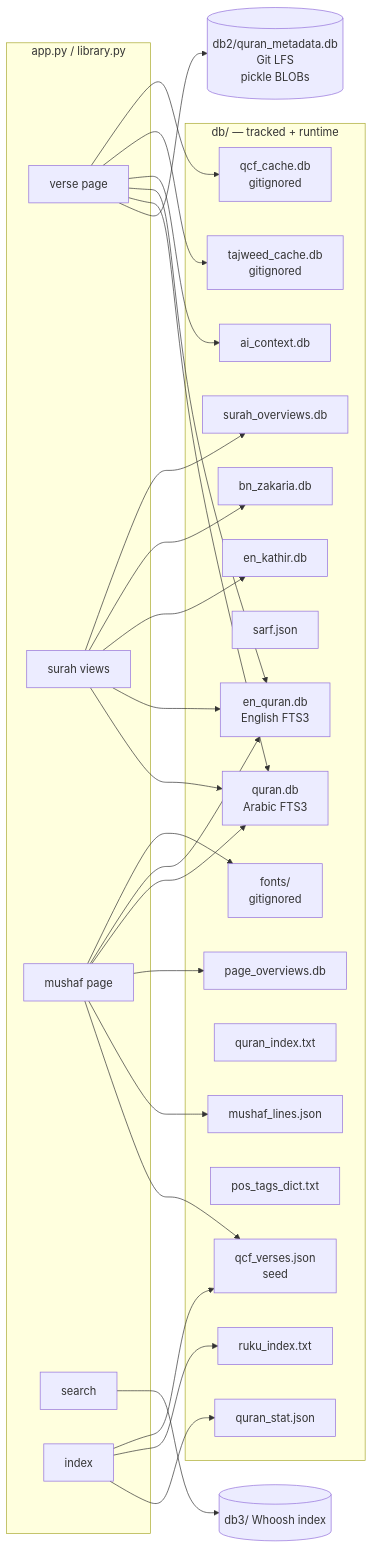
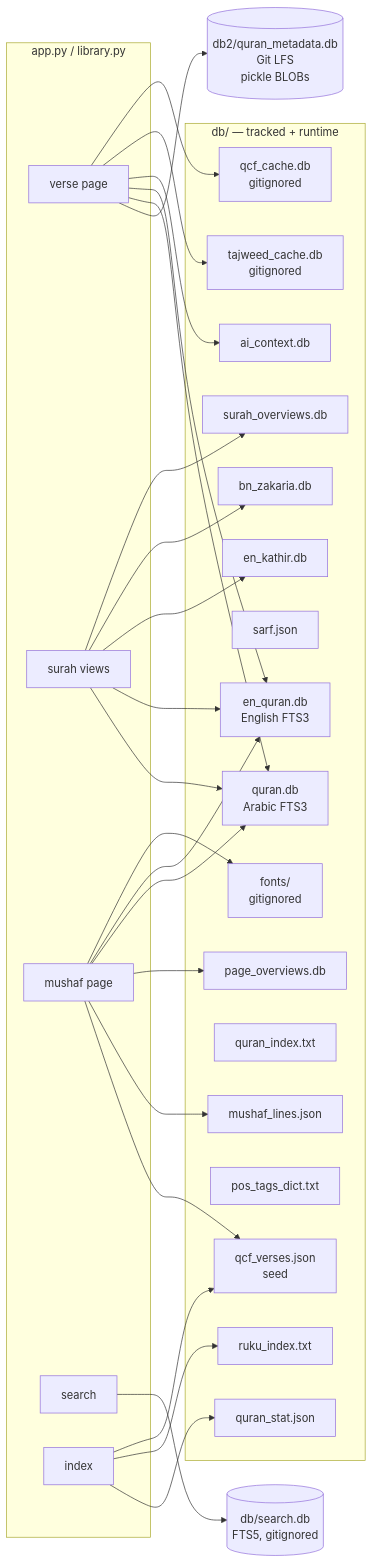
The seventh of 15 diagrams in ARCHITECTURE.md (OnixHoque/aayatun), drawn with Mermaid before and after one commit. The commit also changed other lines of this file and 9 other files, not shown here.

Commit message:
Revamp search: FTS5 index with Arabic/Bengali normalization, typo tolerance, synonyms, reference jump

````diff
--- a/ARCHITECTURE.md
+++ b/ARCHITECTURE.md
@@ -601,55 +609,55 @@
 ```mermaid
 flowchart LR
     subgraph App["app.py / library.py"]
         R1["verse page"]
         R2["surah views"]
         R3["mushaf page"]
         R4["search"]
         R5["index"]
     end
 
     subgraph DB["db/ — tracked + runtime"]
         Q["quran.db<br/>Arabic FTS3"]
         E["en_quran.db<br/>English FTS3"]
         K["en_kathir.db"]
         B["bn_zakaria.db"]
         AI["ai_context.db"]
         ST["quran_stat.json"]
         SARF["sarf.json"]
         QV["qcf_verses.json<br/>seed"]
         ML["mushaf_lines.json"]
         PO["page_overviews.db"]
         SO["surah_overviews.db"]
         QI["quran_index.txt"]
         RI["ruku_index.txt"]
         PT["pos_tags_dict.txt"]
         TC["tajweed_cache.db<br/>gitignored"]
         QC["qcf_cache.db<br/>gitignored"]
         FN["fonts/<br/>gitignored"]
     end
 
     D2[("db2/quran_metadata.db<br/>Git LFS<br/>pickle BLOBs")]
-    D3[("db3/ Whoosh index")]
+    D3[("db/search.db<br/>FTS5, gitignored")]
 
     R1 --> D2
     R1 --> Q
     R1 --> E
     R1 --> AI
     R1 --> TC
     R1 --> QC
     R2 --> Q
     R2 --> E
     R2 --> K
     R2 --> B
     R2 --> SO
     R3 --> QV
     R3 --> ML
     R3 --> PO
     R3 --> Q
     R3 --> E
     R3 --> FN
     R4 --> D3
     R5 --> ST
     R5 --> RI
     R5 --> QV
 ```
````
